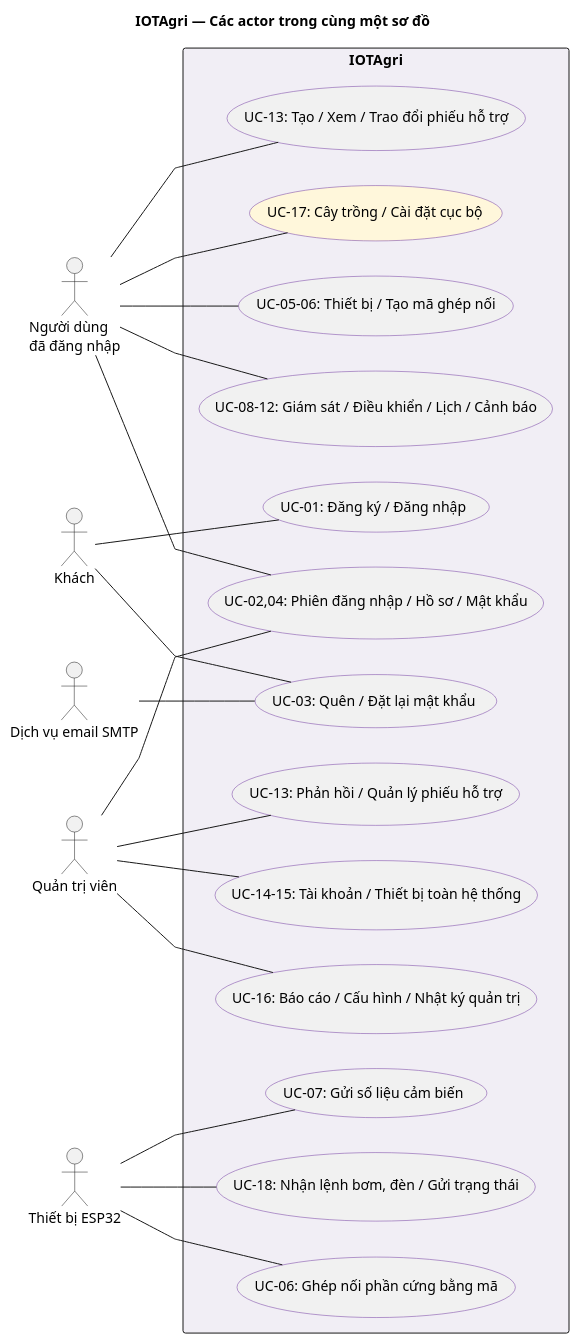
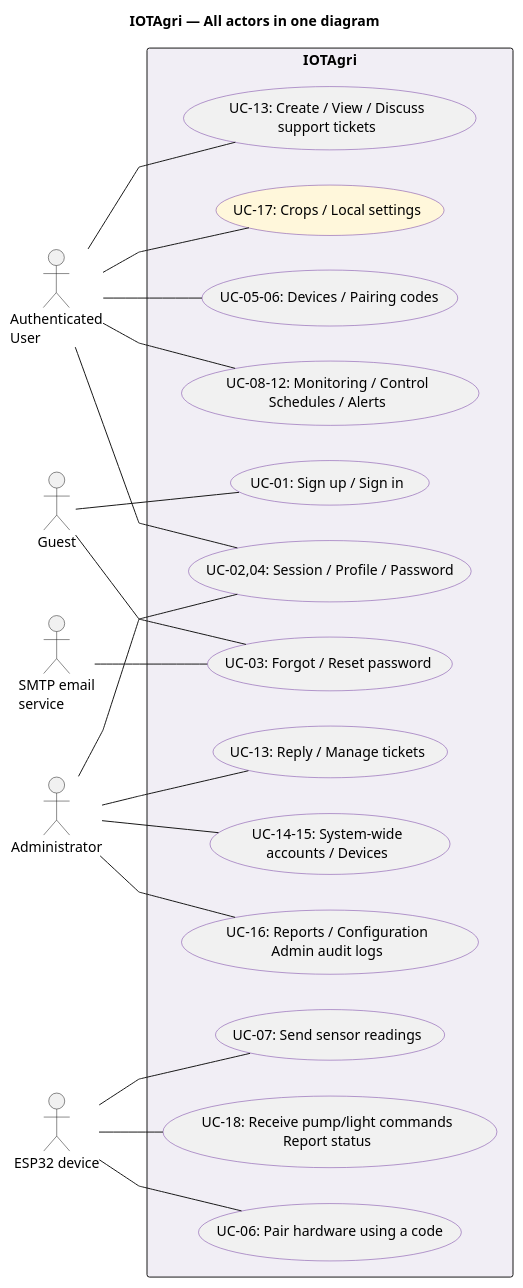
The diagram in docs/diagrams/use-case-overview.puml (huuanh1411/IOTAgri), drawn with PlantUML before and after one commit. The commit also changed 13 other files, not shown here.

Commit message:
docs: translate all diagram labels to English

```diff
--- a/docs/diagrams/use-case-overview.puml
+++ b/docs/diagrams/use-case-overview.puml
@@ -1,46 +1,46 @@
 @startuml use-case-overview
 left to right direction
 skinparam actorStyle stickman
 skinparam shadowing false
 skinparam linetype polyline
 skinparam usecaseBorderColor #7138A0
 skinparam rectangleBackgroundColor #F1EEF5
-title IOTAgri — Các actor trong cùng một sơ đồ
-actor "Khách" as Guest
-actor "Người dùng\nđã đăng nhập" as User
-actor "Quản trị viên" as Admin
-actor "Thiết bị ESP32" as ESP
-actor "Dịch vụ email SMTP" as SMTP
+title IOTAgri — All actors in one diagram
+actor "Guest" as Guest
+actor "Authenticated\nUser" as User
+actor "Administrator" as Admin
+actor "ESP32 device" as ESP
+actor "SMTP email\nservice" as SMTP
 
 rectangle "IOTAgri" {
-  usecase "UC-01: Đăng ký / Đăng nhập" as GuestUC1
-  usecase "UC-03: Quên / Đặt lại mật khẩu" as GuestUC2
-  usecase "UC-02,04: Phiên đăng nhập / Hồ sơ / Mật khẩu" as UserUC1
-  usecase "UC-05–06: Thiết bị / Tạo mã ghép nối" as UserUC2
-  usecase "UC-08–12: Giám sát / Điều khiển / Lịch / Cảnh báo" as UserUC3
-  usecase "UC-13: Tạo / Xem / Trao đổi phiếu hỗ trợ" as UserUC4
-  usecase "UC-17: Cây trồng / Cài đặt cục bộ" as UserUC5 #FFF7DB
-  usecase "UC-13: Phản hồi / Quản lý phiếu hỗ trợ" as AdminUC2
-  usecase "UC-14–15: Tài khoản / Thiết bị toàn hệ thống" as AdminUC3
-  usecase "UC-16: Báo cáo / Cấu hình / Nhật ký quản trị" as AdminUC4
-  usecase "UC-06: Ghép nối phần cứng bằng mã" as ESPUC1
-  usecase "UC-07: Gửi số liệu cảm biến" as ESPUC2
-  usecase "UC-18: Nhận lệnh bơm, đèn / Gửi trạng thái" as ESPUC3
+  usecase "UC-01: Sign up / Sign in" as GuestUC1
+  usecase "UC-03: Forgot / Reset password" as GuestUC2
+  usecase "UC-02,04: Session / Profile / Password" as UserUC1
+  usecase "UC-05–06: Devices / Pairing codes" as UserUC2
+  usecase "UC-08–12: Monitoring / Control\nSchedules / Alerts" as UserUC3
+  usecase "UC-13: Create / View / Discuss\nsupport tickets" as UserUC4
+  usecase "UC-17: Crops / Local settings" as UserUC5 #FFF7DB
+  usecase "UC-13: Reply / Manage tickets" as AdminUC2
+  usecase "UC-14–15: System-wide\naccounts / Devices" as AdminUC3
+  usecase "UC-16: Reports / Configuration\nAdmin audit logs" as AdminUC4
+  usecase "UC-06: Pair hardware using a code" as ESPUC1
+  usecase "UC-07: Send sensor readings" as ESPUC2
+  usecase "UC-18: Receive pump/light commands\nReport status" as ESPUC3
 }
 
 Guest -- GuestUC1
 Guest -- GuestUC2
 User -- UserUC1
 User -- UserUC2
 User -- UserUC3
 User -- UserUC4
 User -- UserUC5
 Admin -- UserUC1
 Admin -- AdminUC2
 Admin -- AdminUC3
 Admin -- AdminUC4
 ESP -- ESPUC1
 ESP -- ESPUC2
 ESP -- ESPUC3
 SMTP -- GuestUC2
 @enduml
```
